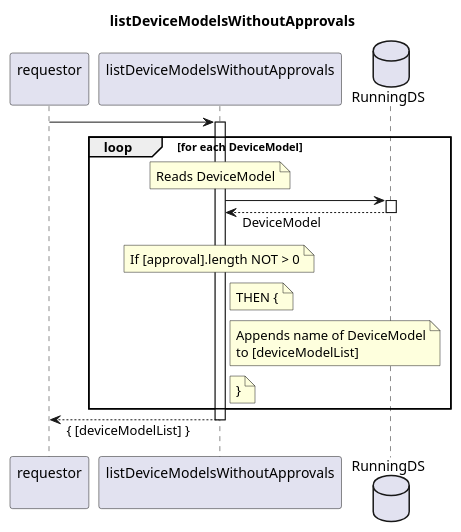
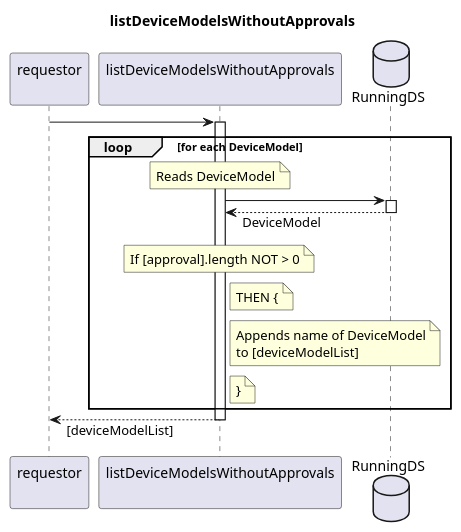
The diagram in spec/Services/listDeviceModelsWithoutApprovals/1.0.0/listDeviceModelsWithoutApprovals.plantuml (openBackhaul/FirmWareManager), drawn with PlantUML before and after one commit. The commit also changed 27 other files, not shown here.

```diff
--- a/spec/Services/listDeviceModelsWithoutApprovals/1.0.0/listDeviceModelsWithoutApprovals.plantuml
+++ b/spec/Services/listDeviceModelsWithoutApprovals/1.0.0/listDeviceModelsWithoutApprovals.plantuml
@@ -1,41 +1,41 @@
 @startuml listDeviceModelsWithoutApprovals
 skinparam responseMessageBelowArrow true
 
 title
   listDeviceModelsWithoutApprovals
 end title
 
 participant "requestor\n" as requestor
 participant "listDeviceModelsWithoutApprovals\n" as indServ
 database "RunningDS" as RunDS
 
 requestor -> indServ
 activate indServ
 
   loop for each DeviceModel
     note over indServ
       Reads DeviceModel
     end note
     indServ -> RunDS
     activate RunDS
     indServ <-- RunDS: DeviceModel
     deactivate RunDS
     note over indServ
       If [approval].length NOT > 0
     end note
     note right indServ
       THEN {
     end note
     note right indServ
       Appends name of DeviceModel
       to [deviceModelList]
     end note
     note right indServ
       }
     end note
   end loop
 
-requestor <-- indServ: { [deviceModelList] }
+requestor <-- indServ: [deviceModelList]
 deactivate indServ
 
 @enduml
```
